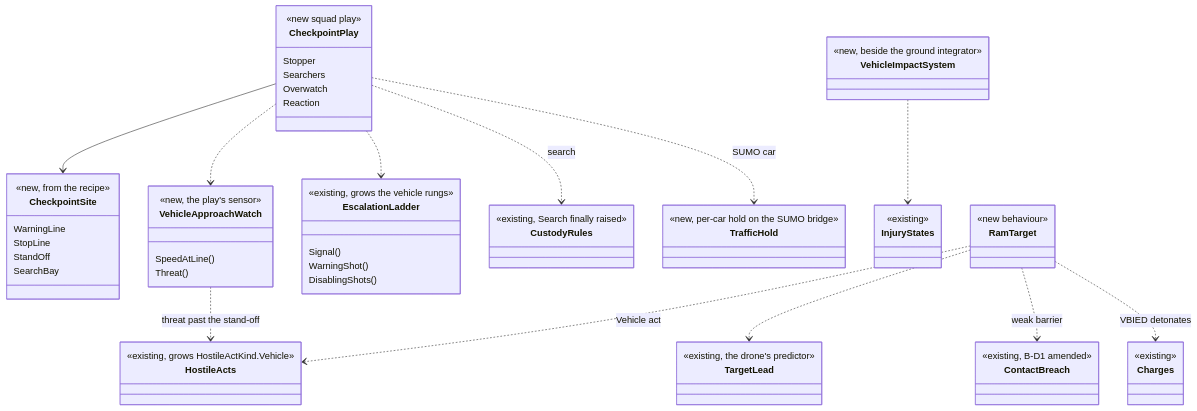
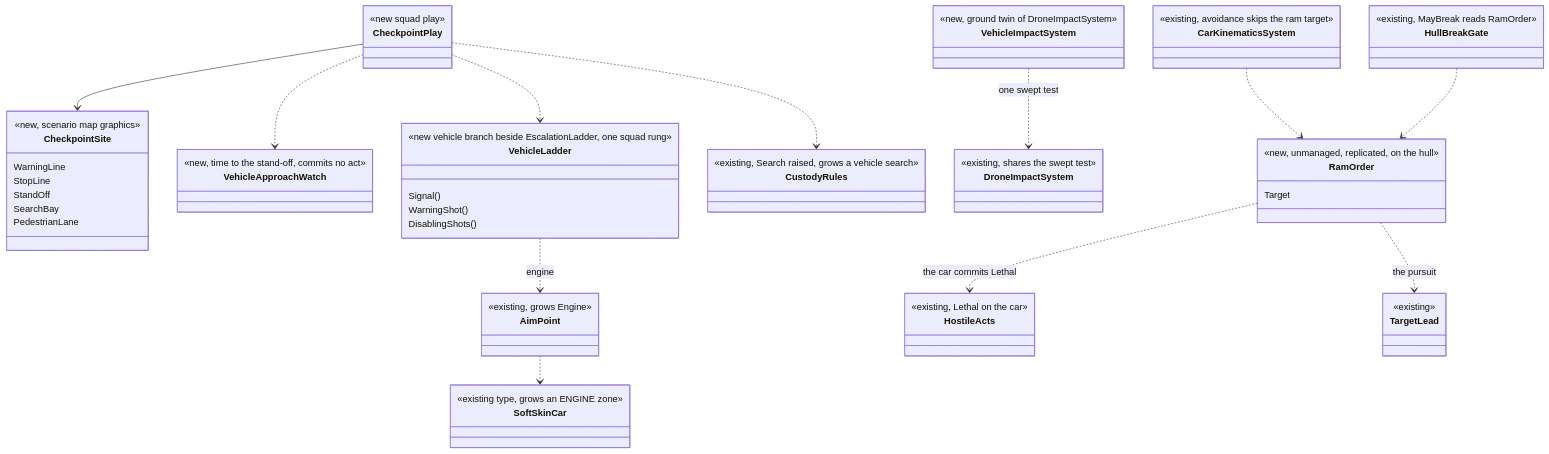
Before and after one commit to pjanec/HROT: the first of 3 diagrams in docs/designs/vehicle-tactics/DESIGN_Checkpoint_And_Ramming.md, drawn with Mermaid. The commit also changed other lines of this file and 4 other files, not shown here.

````diff
--- a/docs/designs/vehicle-tactics/DESIGN_Checkpoint_And_Ramming.md
+++ b/docs/designs/vehicle-tactics/DESIGN_Checkpoint_And_Ramming.md
@@ -65,66 +68,65 @@
 ```mermaid
 classDiagram
   class CheckpointSite {
-    <<new, from the recipe>>
+    <<new, scenario map graphics>>
     WarningLine
     StopLine
     StandOff
     SearchBay
+    PedestrianLane
   }
   class CheckpointPlay {
     <<new squad play>>
-    Stopper
-    Searchers
-    Overwatch
-    Reaction
   }
   class VehicleApproachWatch {
-    <<new, the play's sensor>>
-    SpeedAtLine()
-    Threat()
+    <<new, time to the stand-off, commits no act>>
   }
-  class EscalationLadder {
-    <<existing, grows the vehicle rungs>>
+  class VehicleLadder {
+    <<new vehicle branch beside EscalationLadder, one squad rung>>
     Signal()
     WarningShot()
     DisablingShots()
   }
-  class HostileActs {
-    <<existing, grows HostileActKind.Vehicle>>
+  class AimPoint {
+    <<existing, grows Engine>>
+  }
+  class SoftSkinCar {
+    <<existing type, grows an ENGINE zone>>
   }
   class CustodyRules {
-    <<existing, Search finally raised>>
-  }
-  class TrafficHold {
-    <<new, per-car hold on the SUMO bridge>>
+    <<existing, Search raised, grows a vehicle search>>
   }
   class VehicleImpactSystem {
-    <<new, beside the ground integrator>>
+    <<new, ground twin of DroneImpactSystem>>
   }
-  class InjuryStates {
-    <<existing>>
+  class DroneImpactSystem {
+    <<existing, shares the swept test>>
   }
-  class RamTarget {
-    <<new behaviour>>
+  class RamOrder {
+    <<new, unmanaged, replicated, on the hull>>
+    Target
+  }
+  class CarKinematicsSystem {
+    <<existing, avoidance skips the ram target>>
+  }
+  class HullBreakGate {
+    <<existing, MayBreak reads RamOrder>>
+  }
+  class HostileActs {
+    <<existing, Lethal on the car>>
   }
   class TargetLead {
-    <<existing, the drone's predictor>>
-  }
-  class ContactBreach {
-    <<existing, B-D1 amended>>
-  }
-  class Charges {
     <<existing>>
   }
   CheckpointPlay --> CheckpointSite
   CheckpointPlay ..> VehicleApproachWatch
-  VehicleApproachWatch ..> HostileActs : threat past the stand-off
-  CheckpointPlay ..> EscalationLadder
-  CheckpointPlay ..> CustodyRules : search
-  CheckpointPlay ..> TrafficHold : SUMO car
-  RamTarget ..> TargetLead
-  RamTarget ..> HostileActs : Vehicle act
-  RamTarget ..> ContactBreach : weak barrier
-  RamTarget ..> Charges : VBIED detonates
-  VehicleImpactSystem ..> InjuryStates
+  CheckpointPlay ..> VehicleLadder
+  VehicleLadder ..> AimPoint : engine
+  AimPoint ..> SoftSkinCar
+  CheckpointPlay ..> CustodyRules
+  VehicleImpactSystem ..> DroneImpactSystem : one swept test
+  CarKinematicsSystem ..> RamOrder
+  HullBreakGate ..> RamOrder
+  RamOrder ..> TargetLead : the pursuit
+  RamOrder ..> HostileActs : the car commits Lethal
 ```
````
